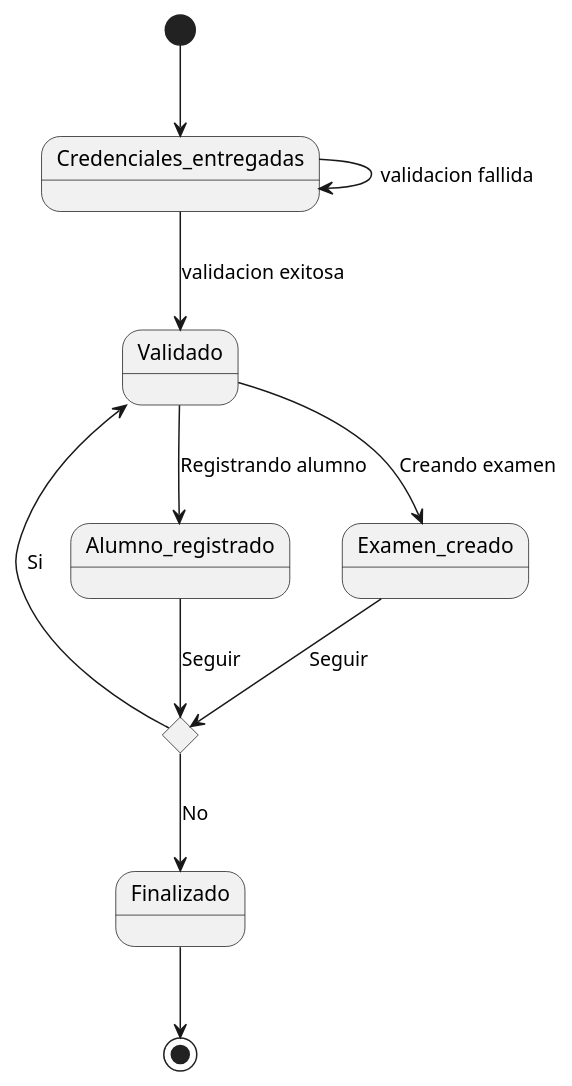
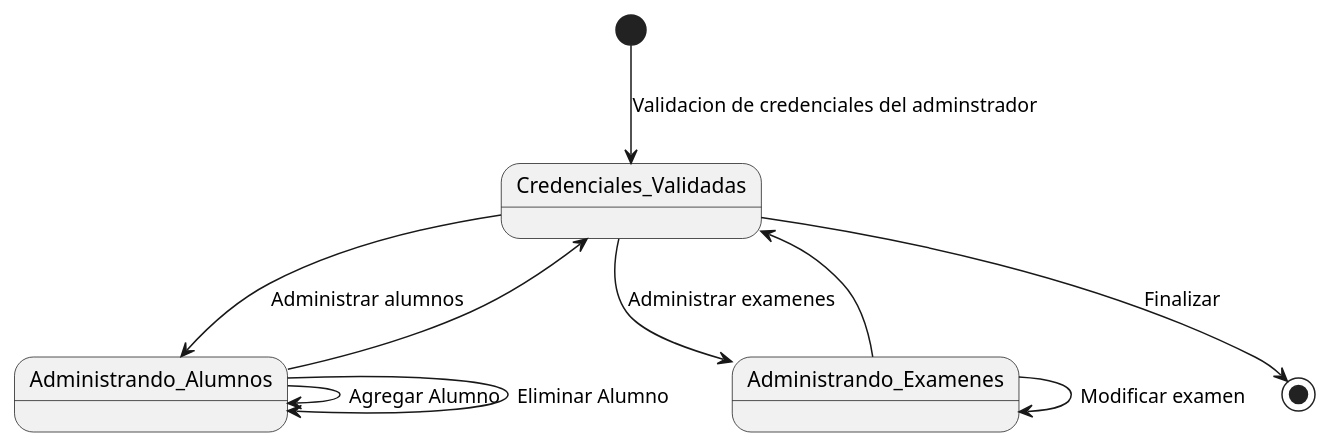
Before and after one commit to Carverz/IS-022023_Proyecto-Grupo-4: the diagram in docs/scenariosView/DiagramaEstadoAdmin.plantuml, drawn with PlantUML. The commit also changed 1 other file, not shown here.

Commit message:
Modificacion diagrama de estado Admin y Usuario

```diff
--- a/docs/scenariosView/DiagramaEstadoAdmin.plantuml
+++ b/docs/scenariosView/DiagramaEstadoAdmin.plantuml
@@ -1,17 +1,13 @@
 @startuml DiagramaEstadoAdmin
 
-[*] --> Credenciales_entregadas
-state choice1 <<choice>>
-state end <<end>>
-
-Credenciales_entregadas --> Credenciales_entregadas : validacion fallida 
-Credenciales_entregadas --> Validado : validacion exitosa
-Validado --> Alumno_registrado : Registrando alumno
-Alumno_registrado --> choice1 : Seguir
-choice1 --> Validado : Si
-choice1 --> Finalizado : No
-Validado --> Examen_creado : Creando examen
-Examen_creado --> choice1 : Seguir
-Finalizado --> end
+[*] --> Credenciales_Validadas: Validacion de credenciales del adminstrador
+Credenciales_Validadas --> Administrando_Alumnos : Administrar alumnos
+Administrando_Alumnos --> Administrando_Alumnos: Agregar Alumno
+Administrando_Alumnos --> Administrando_Alumnos: Eliminar Alumno
+Administrando_Alumnos --> Credenciales_Validadas
+Credenciales_Validadas --> Administrando_Examenes : Administrar examenes
+Administrando_Examenes --> Administrando_Examenes: Modificar examen
+Administrando_Examenes --> Credenciales_Validadas
+Credenciales_Validadas --> [*]: Finalizar
 
 @enduml
```
